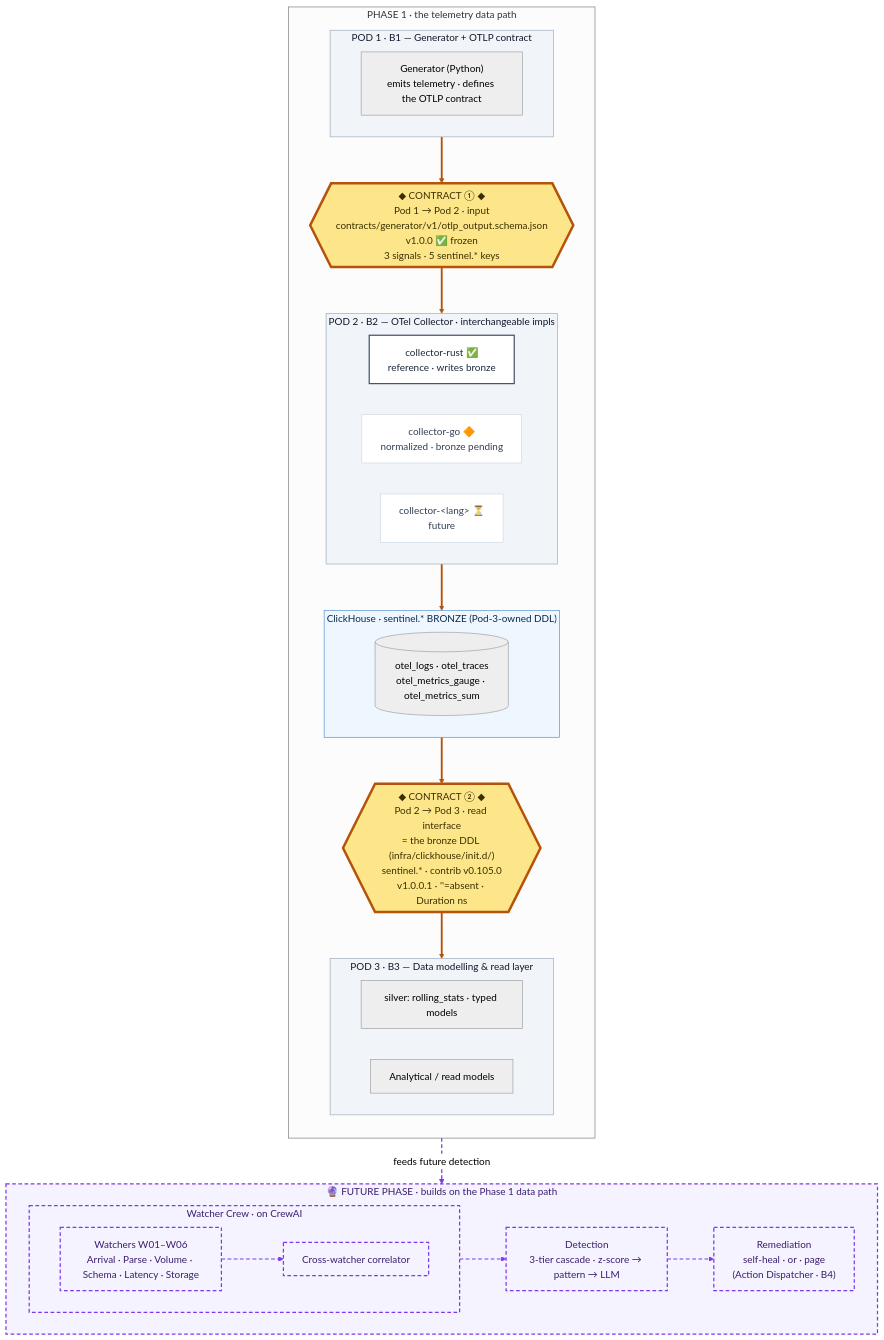
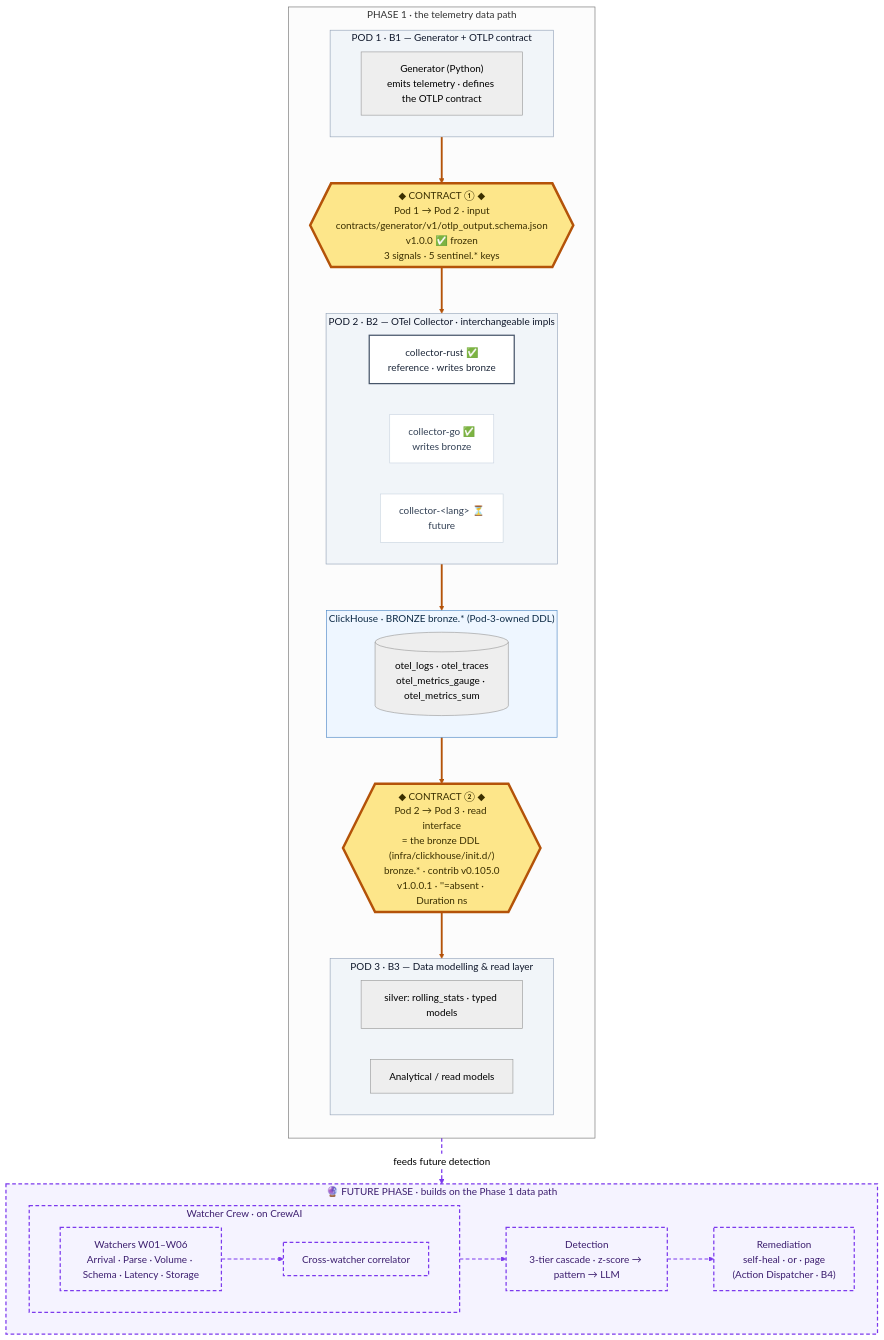
The diagram in README.md (luanmorenommaciel/sentinel), drawn with Mermaid (neutral theme) before and after one commit. The commit also changed other lines of this file and 41 other files, not shown here.

First line of the commit message:
feat(collector): land ADR-0007 canonical bronze schema for both collectors

````diff
--- a/README.md
+++ b/README.md
@@ -14,63 +14,63 @@
 ```mermaid
 flowchart TB
     subgraph PHASE1["PHASE 1 · the telemetry data path"]
         direction TB
         subgraph POD1["POD 1 · B1 — Generator + OTLP contract"]
             GEN["Generator (Python)<br/>emits telemetry · defines the OTLP contract"]
         end
 
         C1{{"◆ CONTRACT ① ◆<br/>Pod 1 → Pod 2 · input<br/>contracts/generator/v1/otlp_output.schema.json<br/>v1.0.0 ✅ frozen<br/>3 signals · 5 sentinel.* keys"}}
 
         subgraph POD2["POD 2 · B2 — OTel Collector · interchangeable impls"]
             direction LR
             CRUST["collector-rust ✅<br/>reference · writes bronze"]
-            CGO["collector-go 🔶<br/>normalized · bronze pending"]
+            CGO["collector-go ✅<br/>writes bronze"]
             C3["collector-&lt;lang&gt; ⏳<br/>future"]
         end
 
-        subgraph STORE["ClickHouse · sentinel.* BRONZE (Pod-3-owned DDL)"]
+        subgraph STORE["ClickHouse · BRONZE bronze.* (Pod-3-owned DDL)"]
             direction LR
             RAW[("otel_logs · otel_traces<br/>otel_metrics_gauge · otel_metrics_sum")]
         end
 
-        C2{{"◆ CONTRACT ② ◆<br/>Pod 2 → Pod 3 · read interface<br/>= the bronze DDL (infra/clickhouse/init.d/)<br/>sentinel.* · contrib v0.105.0<br/>v1.0.0.1 · ''=absent · Duration ns"}}
+        C2{{"◆ CONTRACT ② ◆<br/>Pod 2 → Pod 3 · read interface<br/>= the bronze DDL (infra/clickhouse/init.d/)<br/>bronze.* · contrib v0.105.0<br/>v1.0.0.1 · ''=absent · Duration ns"}}
 
         subgraph POD3["POD 3 · B3 — Data modelling & read layer"]
             direction LR
             SILVER["silver: rolling_stats · typed models"]
             DM["Analytical / read models"]
         end
 
         POD1 ==> C1 ==> POD2 ==> STORE ==> C2 ==> POD3
     end
 
     subgraph FUTURE["🔮 FUTURE PHASE · builds on the Phase 1 data path"]
         direction LR
         subgraph CREW["Watcher Crew · on CrewAI"]
             direction LR
             WATCH["Watchers W01–W06<br/>Arrival · Parse · Volume · Schema · Latency · Storage"]
             XCORR["Cross-watcher correlator"]
             WATCH --> XCORR
         end
         DETECT["Detection<br/>3-tier cascade · z-score → pattern → LLM"]
         REMED["Remediation<br/>self-heal · or · page<br/>(Action Dispatcher · B4)"]
         CREW --> DETECT --> REMED
     end
 
     POD3 -.->|"feeds future detection"| FUTURE
 
     classDef contract fill:#fde68a,stroke:#b45309,stroke-width:4px,color:#3a2f00;
     classDef zone fill:#f1f5f9,stroke:#94a3b8,color:#0f172a;
     classDef store fill:#eef6ff,stroke:#4a86c5,color:#0d2a45;
     classDef impl fill:#ffffff,stroke:#cbd5e1,color:#334155;
     classDef refimpl fill:#ffffff,stroke:#475569,stroke-width:2px,color:#1e293b;
     classDef future fill:#f5f3ff,stroke:#7c3aed,stroke-width:2px,stroke-dasharray:6 4,color:#3b1d6e;
     class C1,C2 contract;
     class POD1,POD2,POD3 zone;
     class STORE store;
     class CGO,C3 impl;
     class CRUST refimpl;
     class FUTURE,CREW,WATCH,XCORR,DETECT,REMED future;
     linkStyle 0,1,2,3,4 stroke:#b45309,stroke-width:3px;
     linkStyle 5,6,7,8 stroke:#7c3aed,stroke-width:2px,stroke-dasharray:6 4;
 ```
````
